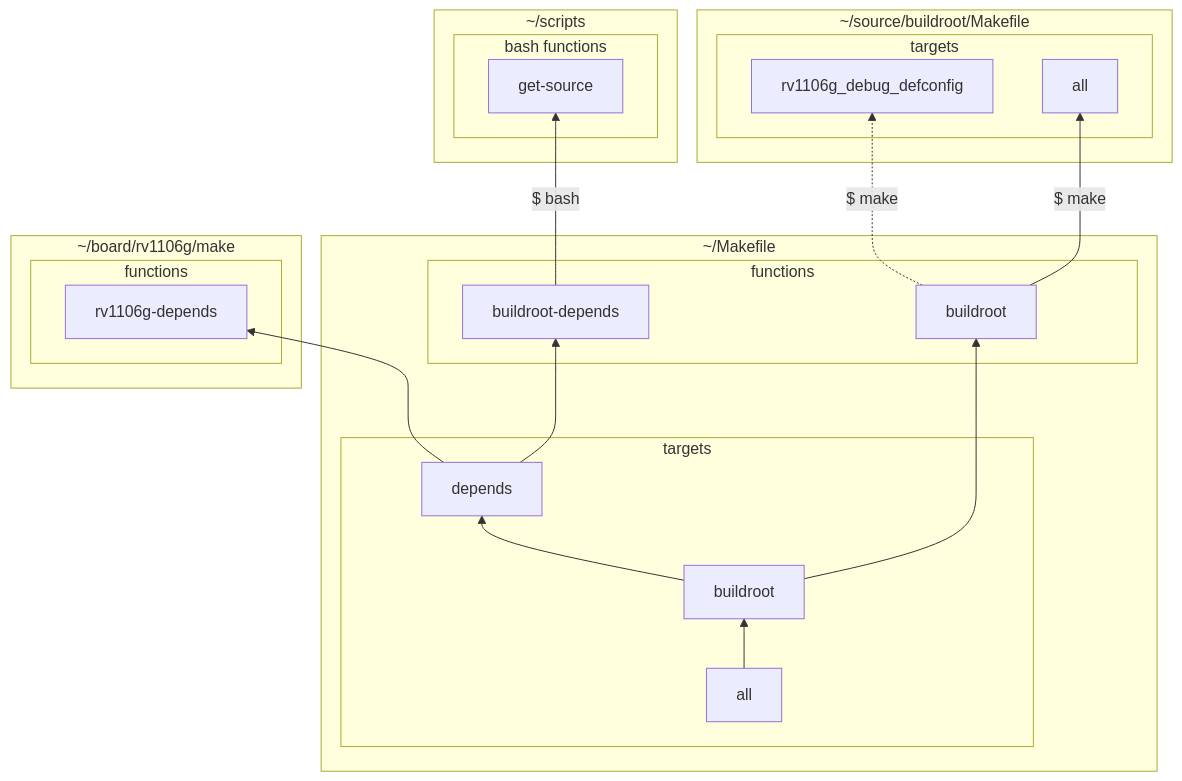
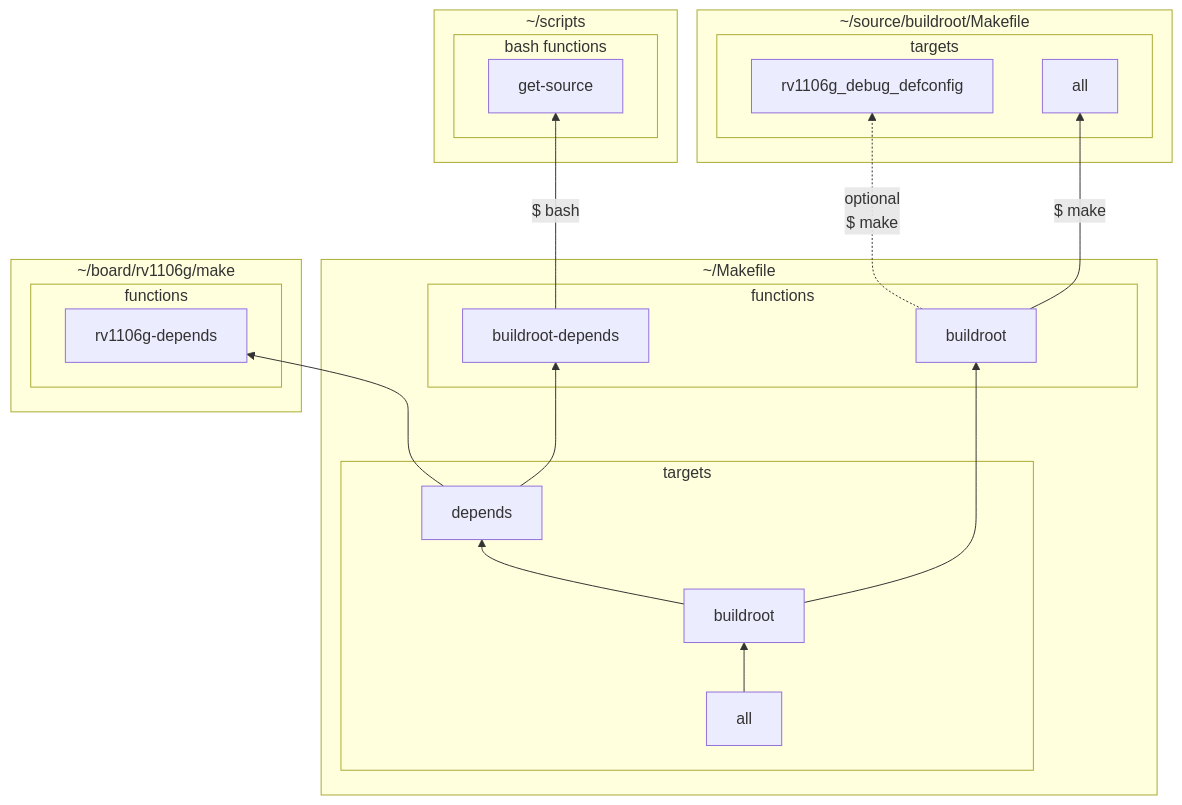
Before and after one commit to tactacam-ryanmoe/markdown-test: the second of 3 diagrams in README.md, drawn with Mermaid.

````diff
--- a/README.md
+++ b/README.md
@@ -42,53 +42,53 @@
 ```mermaid
 flowchart BT
 
 %% ----- Objects -----
     subgraph make[~/Makefile]
         subgraph make_targets[targets]
             make_targets_all[all]
             make_targets_buildroot[buildroot]
             make_targets_depends[depends]
         end
         subgraph make_functions[functions]
             make_functions_buildroot[buildroot]
             make_functions_buildroot-deps[buildroot-depends]
         end
     end
 
     subgraph scripts[~/scripts]
         subgraph scripts_bash[bash functions]
             scripts_bash_get-source[get-source]
         end
     end
 
     subgraph board-rv1106g-make[~/board/rv1106g/make]
         subgraph board-rv1106g-make_functions[functions]
             board-rv1106g-make_functions_rv1106-deps[rv1106g-depends]
         end
     end
 
     subgraph buildroot-dir[~/source/buildroot/Makefile]
         subgraph buildroot-dir_targets[targets]
             buildroot-dir_targets_rv1106config[rv1106g_debug_defconfig]
             buildroot-dir_targets_all[all]
         end
     end
 
 %% ----- Lines -----
 
     make_targets_all --> make_targets_buildroot
     make_targets_buildroot --> make_targets_depends
     make_targets_depends --> make_functions_buildroot-deps
     make_functions_buildroot-deps -- $ bash --> scripts_bash_get-source
     make_targets_depends --> board-rv1106g-make_functions_rv1106-deps
     make_targets_buildroot --> make_functions_buildroot
-    make_functions_buildroot -. $ make .-> buildroot-dir_targets_rv1106config
+    make_functions_buildroot -. optional \n $ make .-> buildroot-dir_targets_rv1106config
     make_functions_buildroot -- $ make --> buildroot-dir_targets_all
 
     %%dependsFunc --> makeenvdep
     %%buildroottarget --> buildrootfunction
     %%buildrootfunction -.-> buildrootdirMakefileTarget
 
     %%buildrootdir ~~~ makeenv
     
 ```
````
